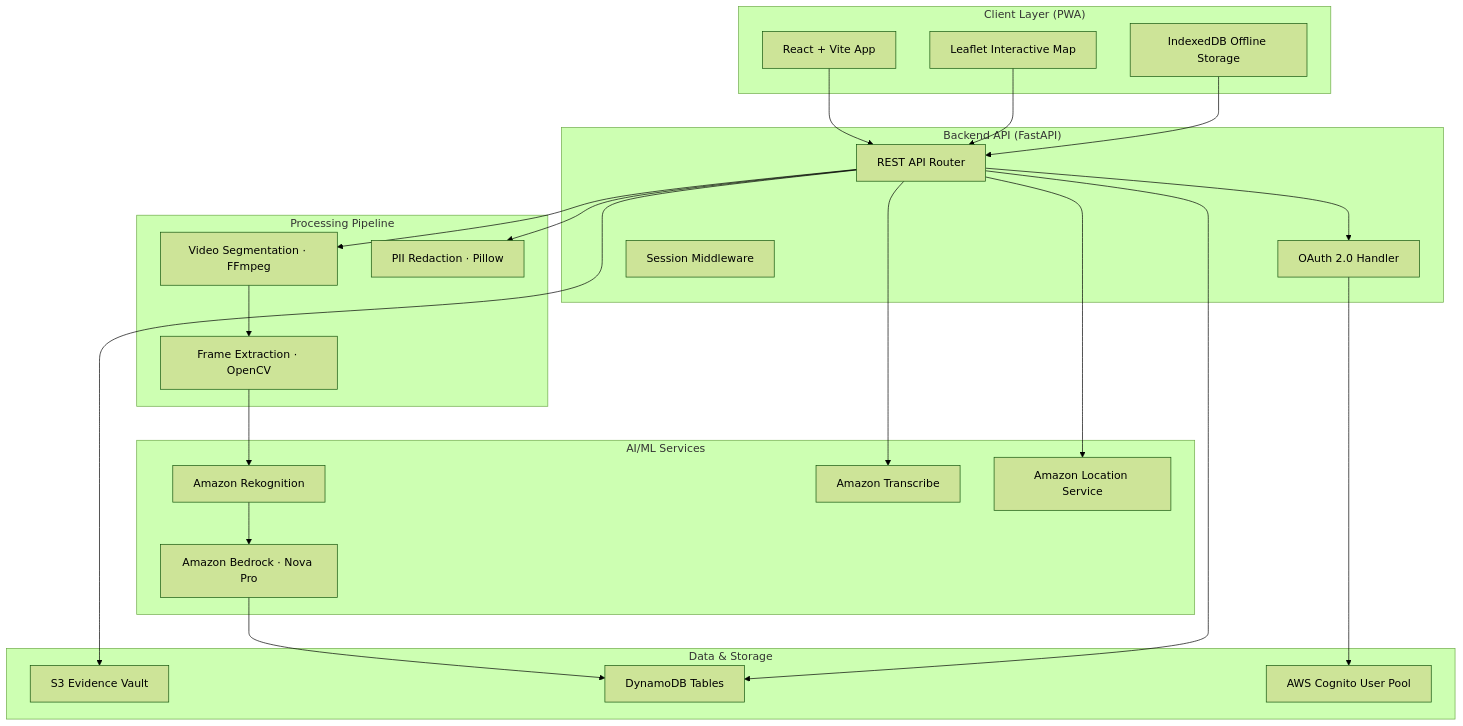
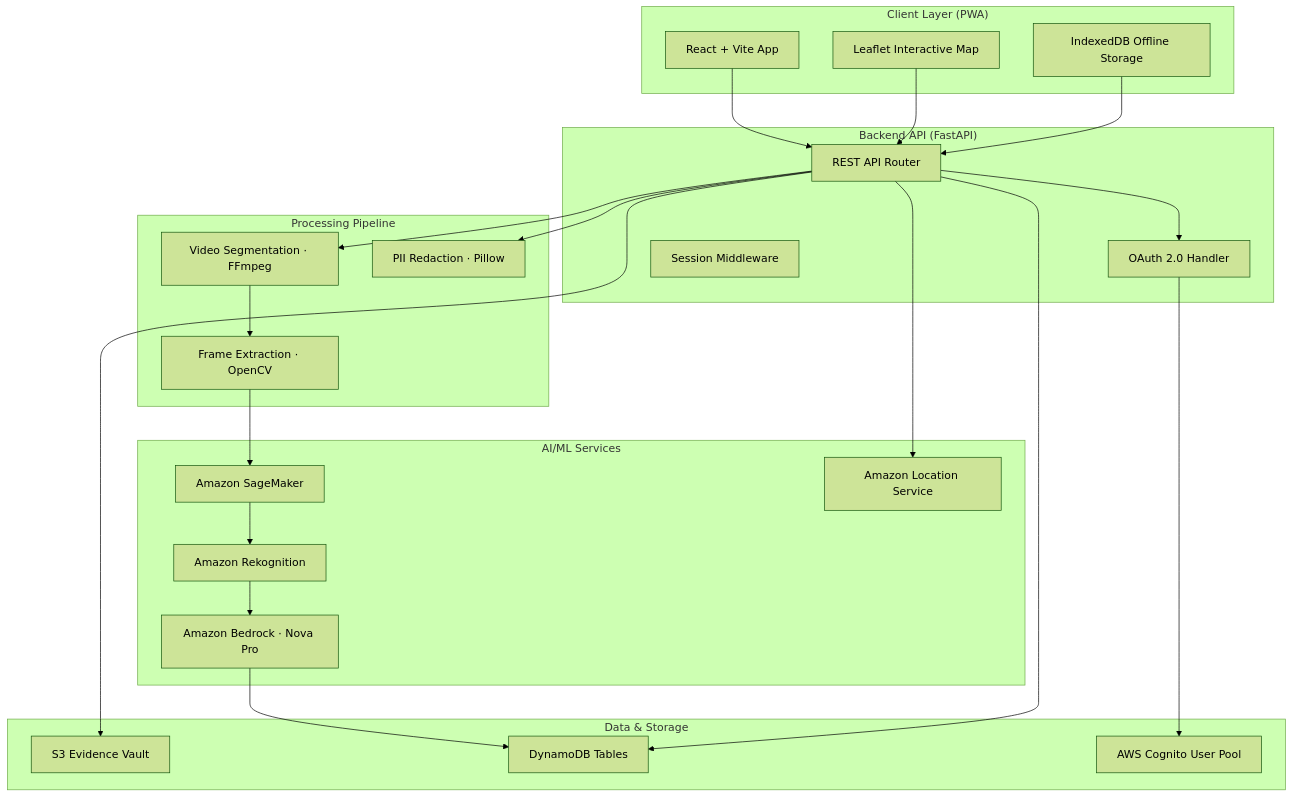
Before and after one commit to Vedant-Baldwa/sewa_sahayak: the diagram in design.md, drawn with Mermaid (forest theme). The commit also changed other lines of this file, not shown here.

````diff
--- a/design.md
+++ b/design.md
@@ -13,49 +13,49 @@
 ```mermaid
 graph TB
     subgraph "Client Layer (PWA)"
         UI[React + Vite App]
         MAP[Leaflet Interactive Map]
         OFFLINE[IndexedDB Offline Storage]
     end
     
     subgraph "Backend API (FastAPI)"
         API[REST API Router]
         AUTH[OAuth 2.0 Handler]
         SESSION[Session Middleware]
     end
     
     subgraph "AI/ML Services"
+        SAGEMAKER[Amazon SageMaker]
         BEDROCK[Amazon Bedrock · Nova Pro]
         REKOGNITION[Amazon Rekognition]
-        TRANSCRIBE[Amazon Transcribe]
         LOCATION[Amazon Location Service]
     end
     
     subgraph "Data & Storage"
         S3[S3 Evidence Vault]
         DYNAMO[DynamoDB Tables]
         COGNITO[AWS Cognito User Pool]
     end
     
     subgraph "Processing Pipeline"
         VIDEO[Video Segmentation · FFmpeg]
         FRAME[Frame Extraction · OpenCV]
         PII[PII Redaction · Pillow]
     end
     
     UI --> API
     MAP --> API
     OFFLINE --> API
     API --> AUTH
     AUTH --> COGNITO
     API --> VIDEO
     VIDEO --> FRAME
-    FRAME --> REKOGNITION
+    FRAME --> SAGEMAKER
+    SAGEMAKER --> REKOGNITION
     REKOGNITION --> BEDROCK
-    API --> TRANSCRIBE
     API --> LOCATION
     API --> PII
     BEDROCK --> DYNAMO
     API --> S3
     API --> DYNAMO
 ```
````
